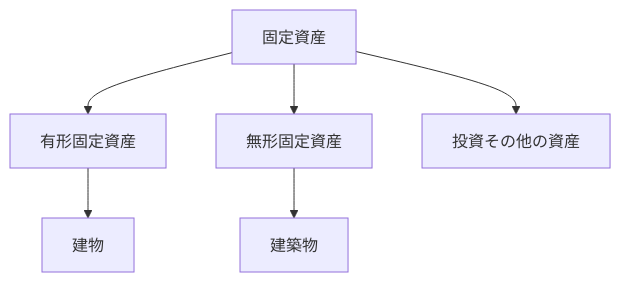
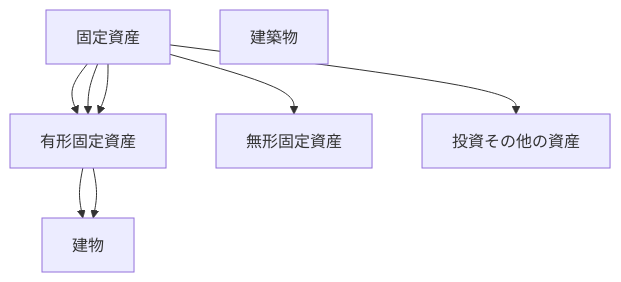
One commit to bebetakumi/mermaid changed the diagram in 固定資産/固定資産の分類.md. Above: the diagram before and after it, drawn with Mermaid.

````diff
--- a/固定資産/固定資産の分類.md
+++ b/固定資産/固定資産の分類.md
@@ -1,15 +1,17 @@
 ```mermaid
 graph TD
 
 固定資産
 有形固定資産
 無形固定資産
 投資その他の資産
 建物
 建築物
 
 固定資産 --> 有形固定資産 --> 建物
-固定資産 --> 無形固定資産 --> 建築物
+固定資産 --> 有形固定資産 --> 建物
+固定資産 --> 有形固定資産
+固定資産 --> 無形固定資産
 固定資産 --> 投資その他の資産
 
 ```
````
